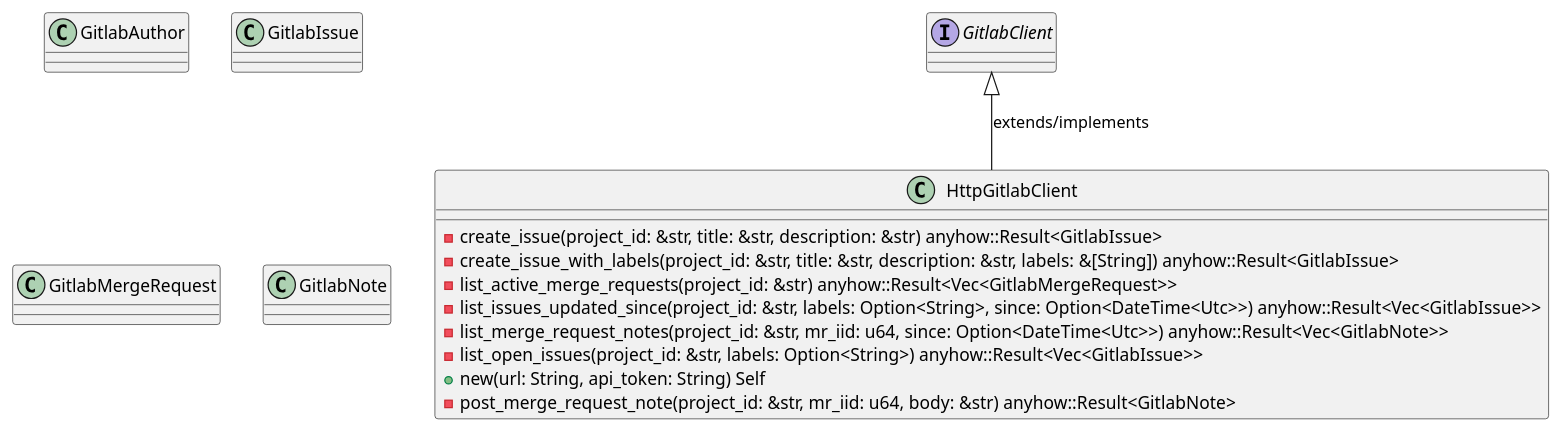
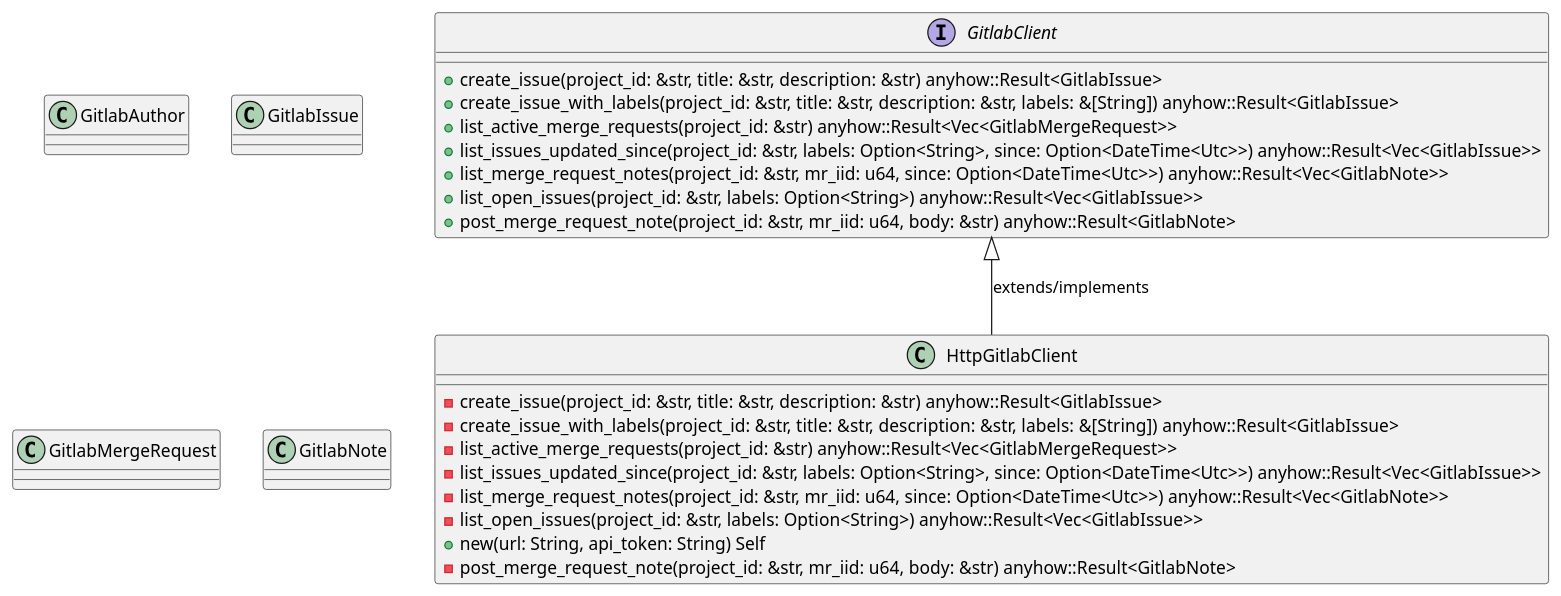
Before and after one commit to lgcorzo/rust_CACD_autonomous_factory: the first of 6 diagrams in openwiki/crates_factory_infrastructure_src_gitlab.md, drawn with PlantUML. The commit also changed other lines of this file and 96 other files, not shown here.

````diff
--- a/openwiki/crates_factory_infrastructure_src_gitlab.md
+++ b/openwiki/crates_factory_infrastructure_src_gitlab.md
@@ -203,26 +423,33 @@
 ```plantuml
 @startuml
 class GitlabAuthor {
 }
 interface GitlabClient {
+    +create_issue(project_id: &str, title: &str, description: &str) anyhow::Result<GitlabIssue>
+    +create_issue_with_labels(project_id: &str, title: &str, description: &str, labels: &[String]) anyhow::Result<GitlabIssue>
+    +list_active_merge_requests(project_id: &str) anyhow::Result<Vec<GitlabMergeRequest>>
+    +list_issues_updated_since(project_id: &str, labels: Option<String>, since: Option<DateTime<Utc>>) anyhow::Result<Vec<GitlabIssue>>
+    +list_merge_request_notes(project_id: &str, mr_iid: u64, since: Option<DateTime<Utc>>) anyhow::Result<Vec<GitlabNote>>
+    +list_open_issues(project_id: &str, labels: Option<String>) anyhow::Result<Vec<GitlabIssue>>
+    +post_merge_request_note(project_id: &str, mr_iid: u64, body: &str) anyhow::Result<GitlabNote>
 }
 class GitlabIssue {
 }
 class GitlabMergeRequest {
 }
 class GitlabNote {
 }
 class HttpGitlabClient {
     -create_issue(project_id: &str, title: &str, description: &str) anyhow::Result<GitlabIssue>
     -create_issue_with_labels(project_id: &str, title: &str, description: &str, labels: &[String]) anyhow::Result<GitlabIssue>
     -list_active_merge_requests(project_id: &str) anyhow::Result<Vec<GitlabMergeRequest>>
     -list_issues_updated_since(project_id: &str, labels: Option<String>, since: Option<DateTime<Utc>>) anyhow::Result<Vec<GitlabIssue>>
     -list_merge_request_notes(project_id: &str, mr_iid: u64, since: Option<DateTime<Utc>>) anyhow::Result<Vec<GitlabNote>>
     -list_open_issues(project_id: &str, labels: Option<String>) anyhow::Result<Vec<GitlabIssue>>
     +new(url: String, api_token: String) Self
     -post_merge_request_note(project_id: &str, mr_iid: u64, body: &str) anyhow::Result<GitlabNote>
 }
 GitlabClient <|-- HttpGitlabClient : extends/implements
 @enduml
 
 ```
````
